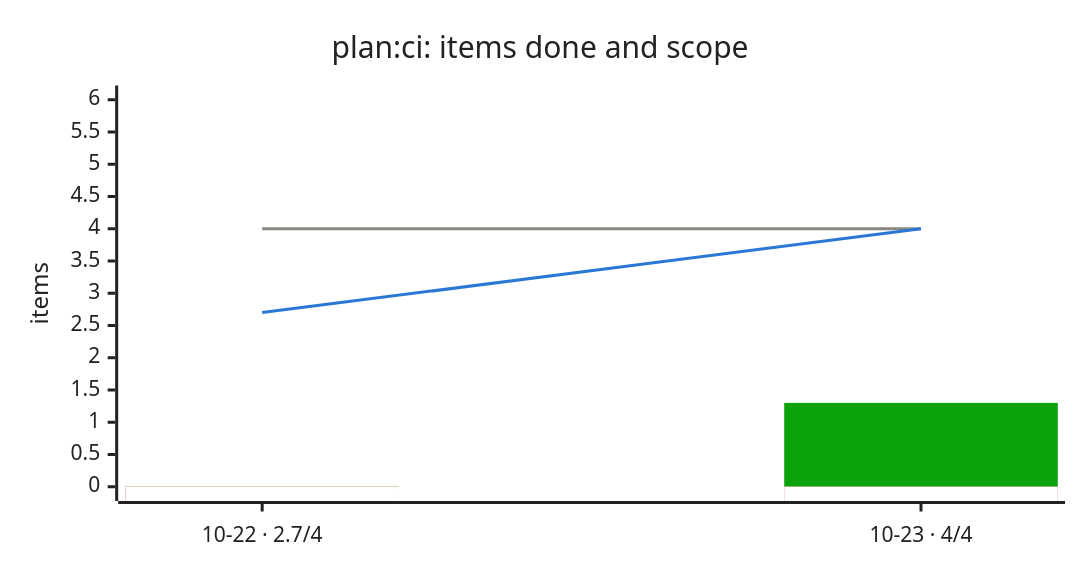
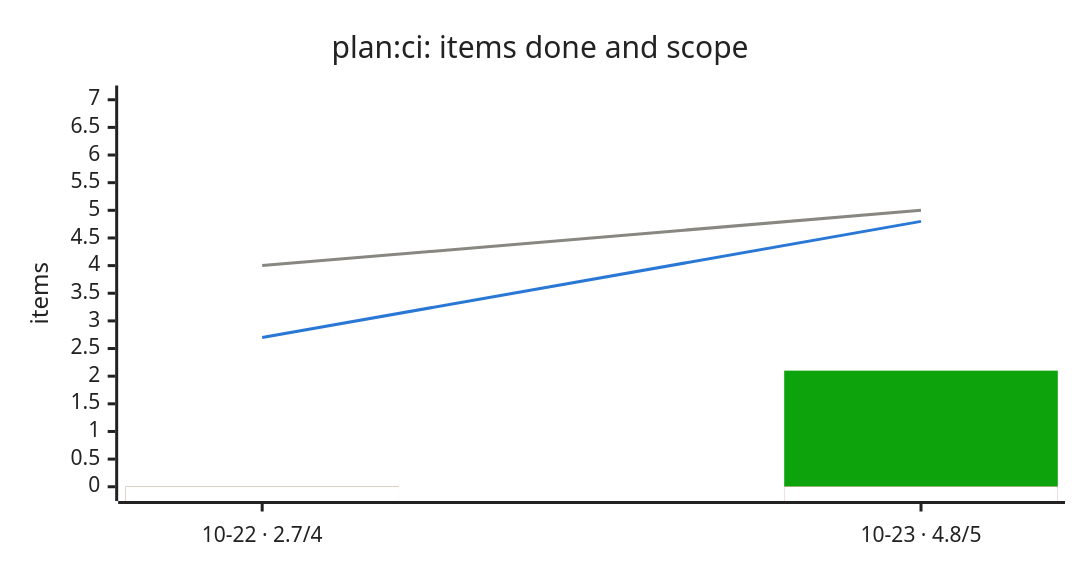
The third of 3 diagrams in ci.md (bvraghav/pmtrack), drawn with Mermaid before and after one commit. The commit also changed other lines of this file and 4 other files, not shown here.

````diff
--- a/ci.md
+++ b/ci.md
@@ -68,13 +74,13 @@
 ```mermaid
 %%{init: {"themeVariables": {"xyChart": {"backgroundColor": "#ffffff", "titleColor": "#222222", "plotColorPalette": "#0ca30c,#ffffff,#d03b3b,#ffffff,#898781,#2a78d6", "xAxisLabelColor": "#222222", "xAxisTitleColor": "#222222", "xAxisTickColor": "#222222", "xAxisLineColor": "#222222", "yAxisLabelColor": "#222222", "yAxisTitleColor": "#222222", "yAxisTickColor": "#222222", "yAxisLineColor": "#222222"}}, "xyChart": {"height": 360}}}%%
 xychart-beta
   title "plan:ci: items done and scope"
-  x-axis ["10-22 · 2.7/4", "10-23 · 4/4"]
-  y-axis "items" 0 --> 6
-  bar [0, 1.3]
+  x-axis ["10-22 · 2.7/4", "10-23 · 4.8/5"]
+  y-axis "items" 0 --> 7
+  bar [0, 2.1]
   bar [0, 0]
   bar [0, 0]
   bar [0, 0]
-  line [4, 4]
-  line [2.7, 4]
+  line [4, 5]
+  line [2.7, 4.8]
 ```
````
